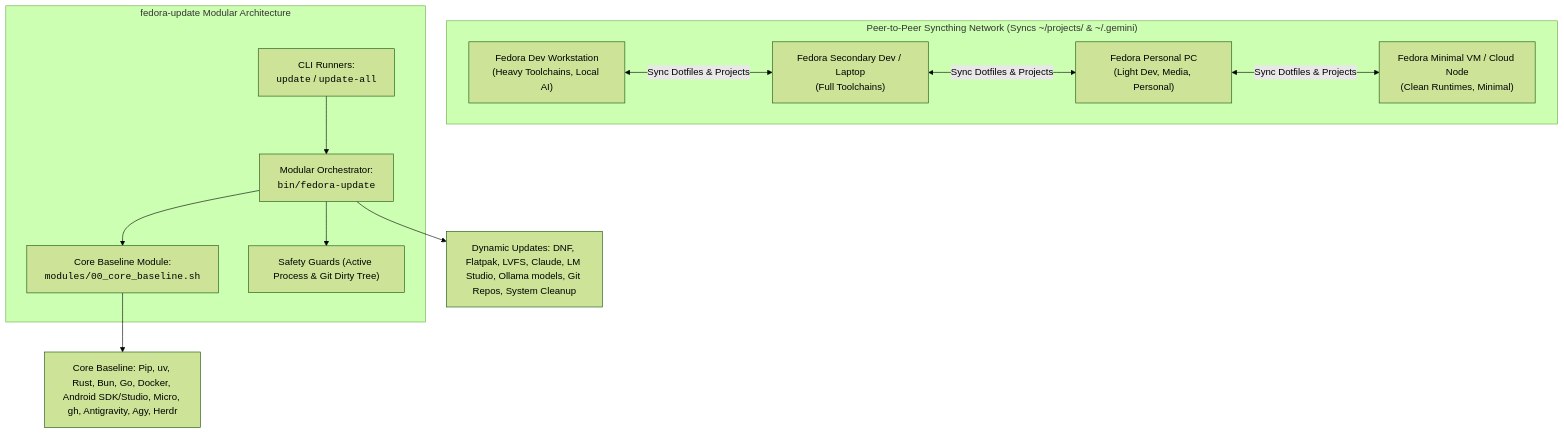
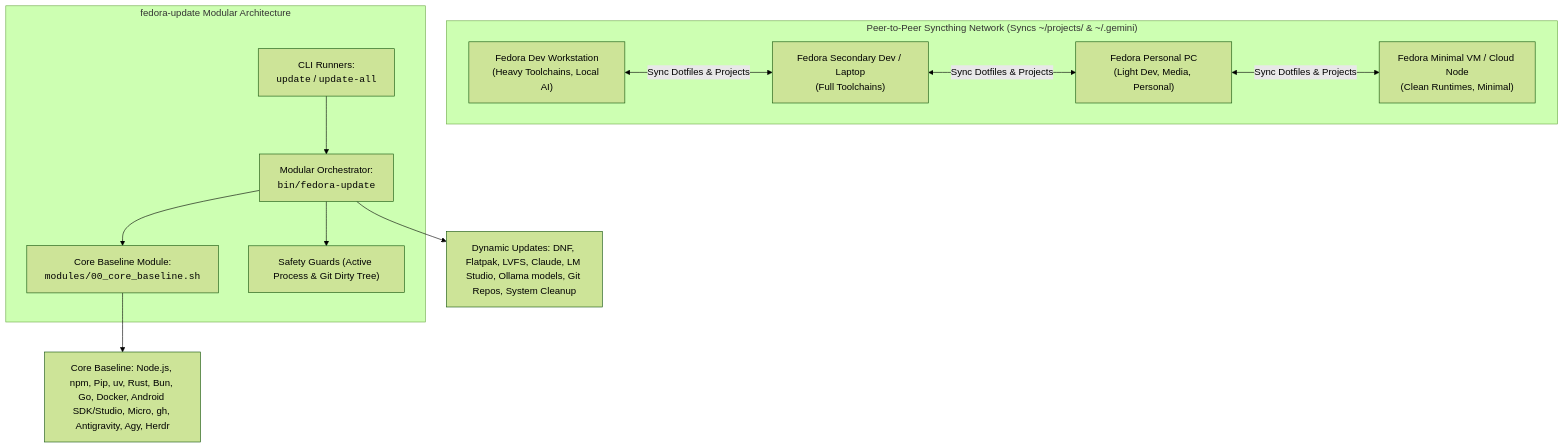
One commit to jaygz316/fedora-update changed the diagram in AGENTS.md. Above: the diagram before and after it, drawn with Mermaid (forest theme). The commit also changed other lines of this file and 2 other files, not shown here.

````diff
--- a/AGENTS.md
+++ b/AGENTS.md
@@ -17,26 +17,26 @@
 ```mermaid
 graph TD
     subgraph Syncthing_Cluster["Peer-to-Peer Syncthing Network (Syncs ~/projects/ & ~/.gemini)"]
         Dev1["Fedora Dev Workstation<br/>(Heavy Toolchains, Local AI)"]
         Dev2["Fedora Secondary Dev / Laptop<br/>(Full Toolchains)"]
         Pers1["Fedora Personal PC<br/>(Light Dev, Media, Personal)"]
         VM1["Fedora Minimal VM / Cloud Node<br/>(Clean Runtimes, Minimal)"]
     end
 
     subgraph Fedora_Update_Suite["fedora-update Modular Architecture"]
         Runner["CLI Runners:<br/><code>update</code> / <code>update-all</code>"]
         Core["Core Baseline Module:<br/><code>modules/00_core_baseline.sh</code>"]
         Engine["Modular Orchestrator:<br/><code>bin/fedora-update</code>"]
         Safety["Safety Guards (Active Process & Git Dirty Tree)"]
     end
 
     Dev1 <-->|Sync Dotfiles & Projects| Dev2
     Dev2 <-->|Sync Dotfiles & Projects| Pers1
     Pers1 <-->|Sync Dotfiles & Projects| VM1
 
     Runner --> Engine
     Engine --> Safety
     Engine --> Core
-    Core --> D1["Core Baseline: Pip, uv, Rust, Bun, Go, Docker, Android SDK/Studio, Micro, gh, Antigravity, Agy, Herdr"]
+    Core --> D1["Core Baseline: Node.js, npm, Pip, uv, Rust, Bun, Go, Docker, Android SDK/Studio, Micro, gh, Antigravity, Agy, Herdr"]
     Engine --> D2["Dynamic Updates: DNF, Flatpak, LVFS, Claude, LM Studio, Ollama models, Git Repos, System Cleanup"]
 ```
````
